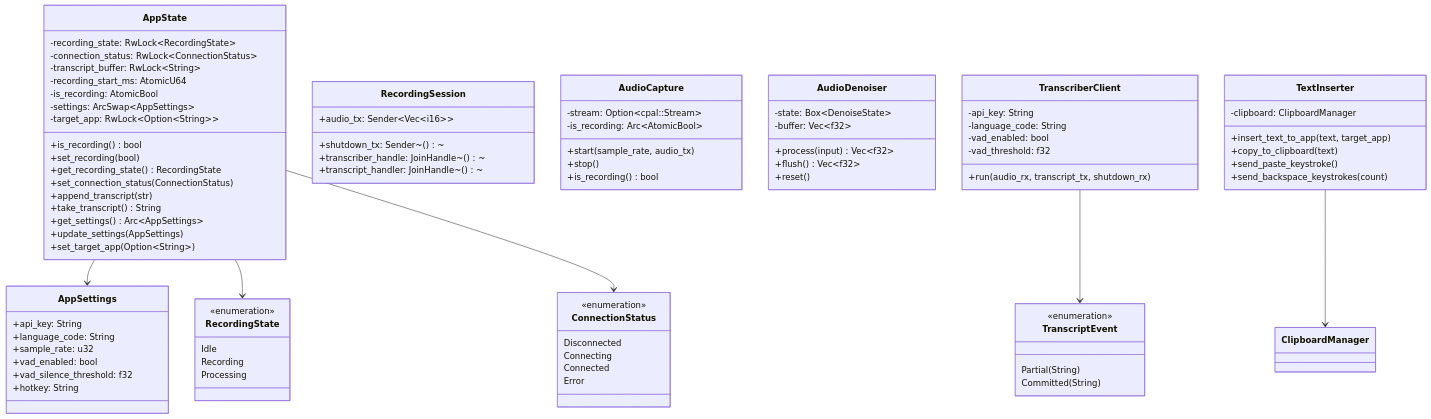
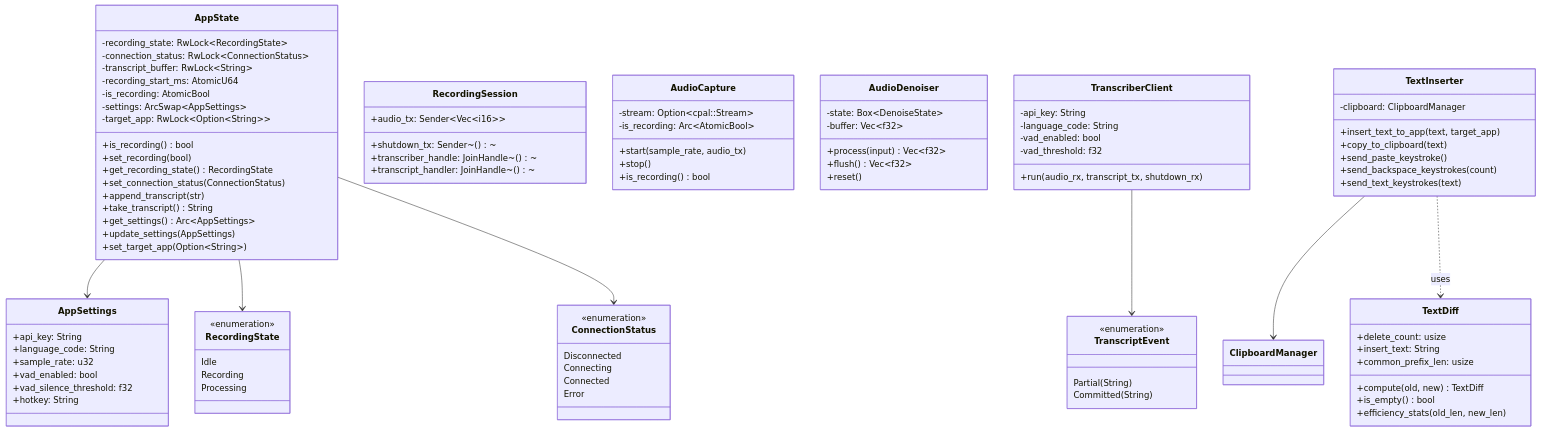
Before and after one commit to chenlehua/aicode: the third of 23 diagrams in specs/w3/0004-design.md, drawn with Mermaid. The commit also changed other lines of this file and 3 other files, not shown here.

````diff
--- a/specs/w3/0004-design.md
+++ b/specs/w3/0004-design.md
@@ -332,6 +339,16 @@
         +copy_to_clipboard(text)
         +send_paste_keystroke()
         +send_backspace_keystrokes(count)
+        +send_text_keystrokes(text)
+    }
+
+    class TextDiff {
+        +delete_count: usize
+        +insert_text: String
+        +common_prefix_len: usize
+        +compute(old, new) TextDiff
+        +is_empty() bool
+        +efficiency_stats(old_len, new_len)
     }
 
     AppState --> AppSettings
@@ -339,4 +356,5 @@
     AppState --> ConnectionStatus
     TranscriberClient --> TranscriptEvent
     TextInserter --> ClipboardManager
+    TextInserter ..> TextDiff : uses
 ```
````
